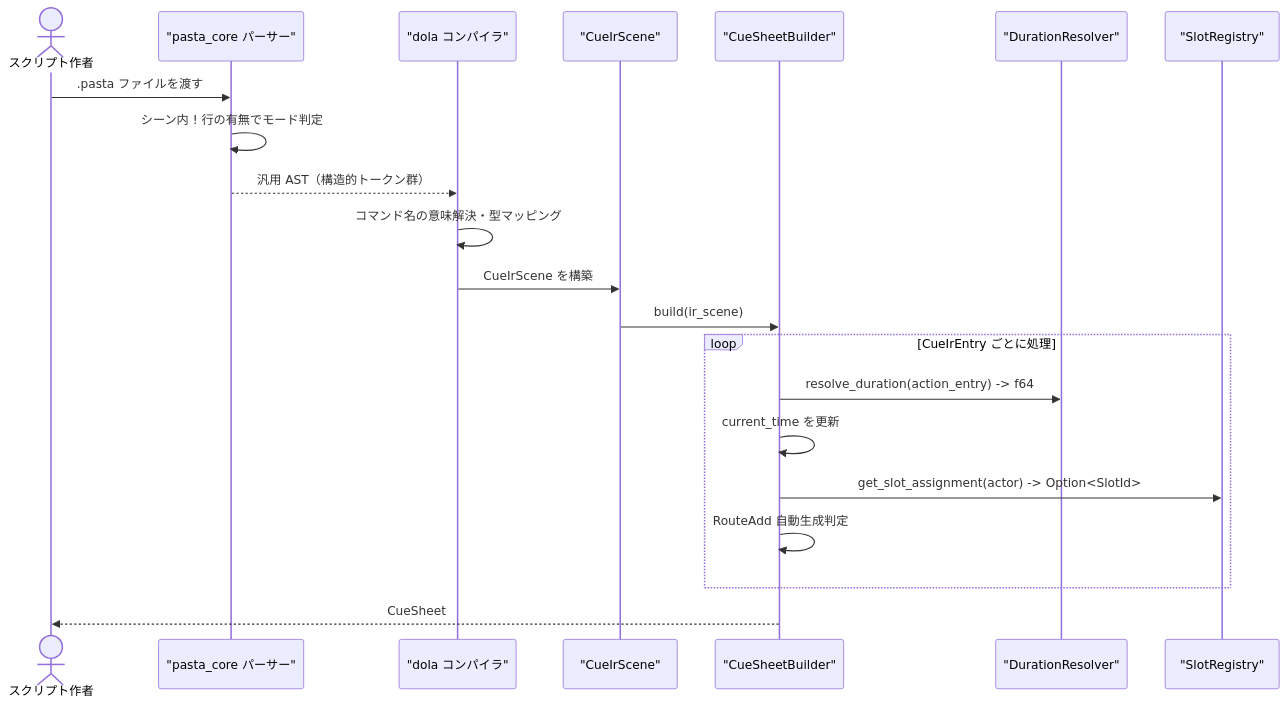
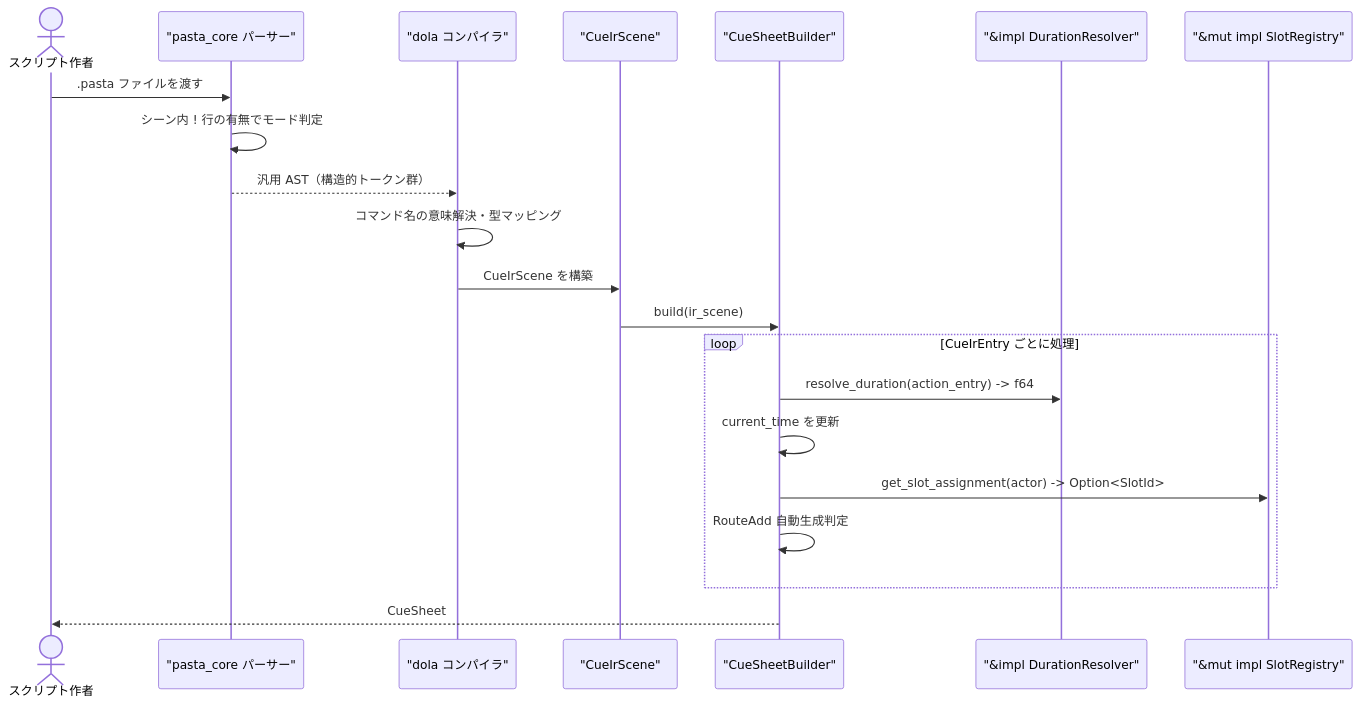
The second of 3 diagrams in .kiro/specs/dola-cue-pasta-dsl-extension/design.md (ekicyou/areka), drawn with Mermaid before and after one commit. The commit also changed other lines of this file and 1 other file, not shown here.

First line of the commit message:
fix(spec): resolve SlotRegistry lifetime and ownership (Discussion 2)

````diff
--- a/.kiro/specs/dola-cue-pasta-dsl-extension/design.md
+++ b/.kiro/specs/dola-cue-pasta-dsl-extension/design.md
@@ -106,24 +112,24 @@
 ```mermaid
 sequenceDiagram
     actor ScriptAuthor as スクリプト作者
     participant Parser as "pasta_core パーサー"
     participant Compiler as "dola コンパイラ"
     participant IR as "CueIrScene"
     participant Builder as "CueSheetBuilder"
-    participant Resolver as "DurationResolver"
-    participant Slots as "SlotRegistry"
+    participant Resolver as "&impl DurationResolver"
+    participant Slots as "&mut impl SlotRegistry"
 
     ScriptAuthor ->> Parser: .pasta ファイルを渡す
     Parser ->> Parser: シーン内 ! 行の有無でモード判定
     Parser -->> Compiler: 汎用 AST（構造的トークン群）
     Compiler ->> Compiler: コマンド名の意味解決・型マッピング
     Compiler ->> IR: CueIrScene を構築
     IR ->> Builder: build(ir_scene)
     loop CueIrEntry ごとに処理
         Builder ->> Resolver: resolve_duration(action_entry) -> f64
         Builder ->> Builder: current_time を更新
         Builder ->> Slots: get_slot_assignment(actor) -> Option<SlotId>
         Builder ->> Builder: RouteAdd 自動生成判定
     end
     Builder -->> ScriptAuthor: CueSheet
 ```
````
